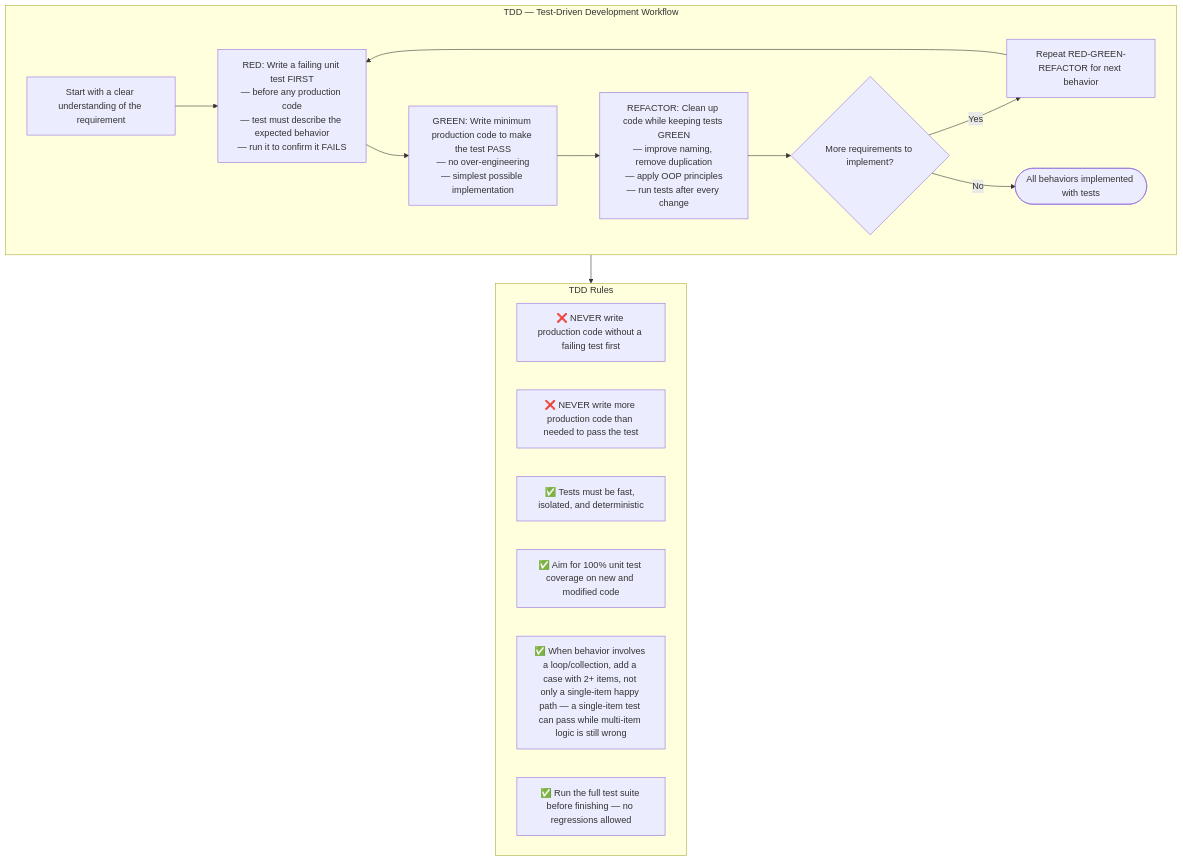
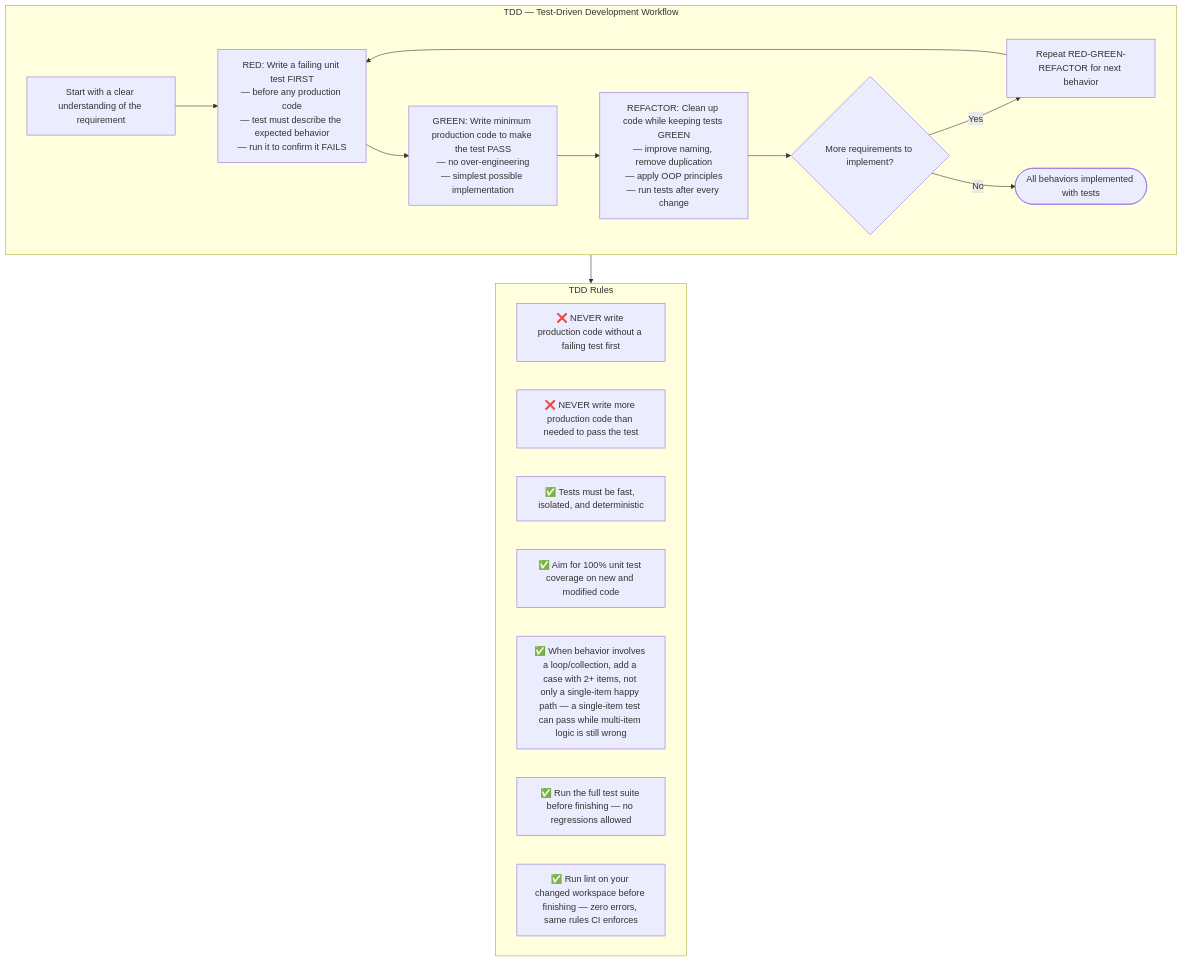
The diagram in .dmtools/agents/instructions/story_development/tdd_approach.md (kejno/bonapp), drawn with Mermaid before and after one commit. The commit also changed 1 other file, not shown here.

Commit message:
feat(dmtools): require lint pass in story_development before PR
PR #97 (BNP-151) shipped with 14 eslint errors in apps/api that CI then
caught, because no dev-agent instruction ever mentioned running lint —
only "run all unit tests" was in the workflow. Add a lint run/fix loop
mirroring the existing test loop in general_guidelines.md, and a
matching TDD rule, scoped to the workspace being changed.

````diff
--- a/.dmtools/agents/instructions/story_development/tdd_approach.md
+++ b/.dmtools/agents/instructions/story_development/tdd_approach.md
@@ -1,25 +1,26 @@
 ```mermaid
 flowchart TD
     subgraph TDD["TDD — Test-Driven Development Workflow"]
         T0["Start with a clear understanding of the requirement"]
         T1["RED: Write a failing unit test FIRST<br/>— before any production code<br/>— test must describe the expected behavior<br/>— run it to confirm it FAILS"]
         T2["GREEN: Write minimum production code to make the test PASS<br/>— no over-engineering<br/>— simplest possible implementation"]
         T3["REFACTOR: Clean up code while keeping tests GREEN<br/>— improve naming, remove duplication<br/>— apply OOP principles<br/>— run tests after every change"]
         T4{"More requirements to implement?"}
         T5["Repeat RED-GREEN-REFACTOR for next behavior"]
         T0 --> T1 --> T2 --> T3 --> T4
         T4 -->|Yes| T5 --> T1
         T4 -->|No| DONE([All behaviors implemented with tests])
     end
 
     subgraph RULES["TDD Rules"]
         R1["❌ NEVER write production code without a failing test first"]
         R2["❌ NEVER write more production code than needed to pass the test"]
         R3["✅ Tests must be fast, isolated, and deterministic"]
         R4["✅ Aim for 100% unit test coverage on new and modified code"]
         R5["✅ When behavior involves a loop/collection, add a case with 2+ items, not only a single-item happy path — a single-item test can pass while multi-item logic is still wrong"]
         R6["✅ Run the full test suite before finishing — no regressions allowed"]
+        R7["✅ Run lint on your changed workspace before finishing — zero errors, same rules CI enforces"]
     end
 
     TDD --> RULES
 ```
````
